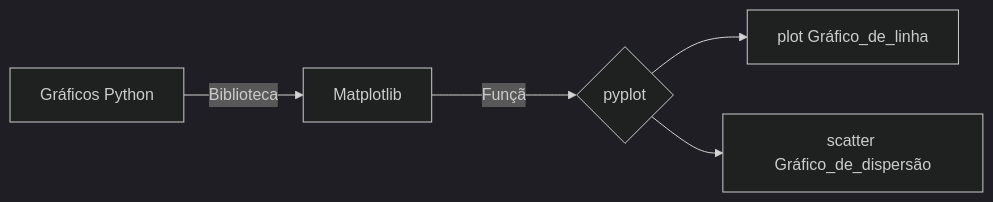
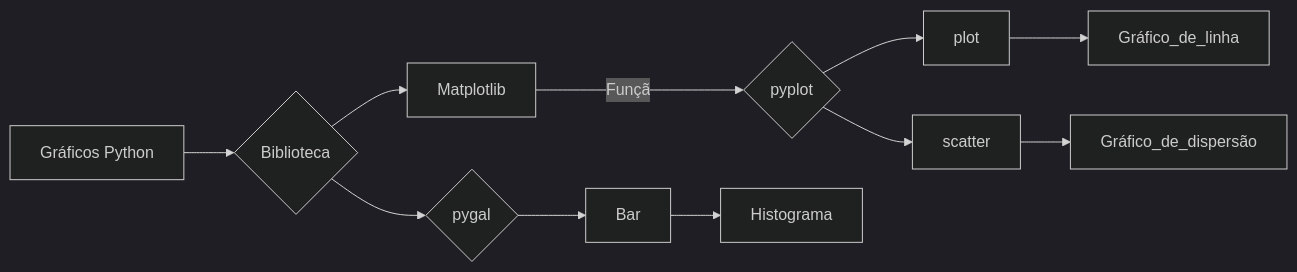
The fourth of 4 diagrams in python_basic.qmd (seperool/study_of_python), drawn with Mermaid (dark theme) before and after one commit. The commit also changed other lines of this file and 2 other files, not shown here.

Commit message:
Histograma - pygal Bar

````diff
--- a/python_basic.qmd
+++ b/python_basic.qmd
@@ -7852,10 +129,16 @@
 ```{mermaid}
-%%| fig-cap: "Gráficos Biblioteca matplotlib"
+%%| fig-cap: "Gráficos e bibliotecas"
 %%| fig-width: 6.5
 %%| fig-height: 7.5
 flowchart LR
-  A[Gráficos Python] --Biblioteca--> B[Matplotlib]
-  B --Função--> C{pyplot}
-  C --> D[plot Gráfico_de_linha]
-  C --> E[scatter Gráfico_de_dispersão]
+  A[Gráficos Python] --> B{Biblioteca}
+  B --> C[Matplotlib]
+  C --Função--> D{pyplot}
+  D --> E[plot] 
+  E --> E1[Gráfico_de_linha]
+  D --> F[scatter] 
+  F --> F1[Gráfico_de_dispersão]
+  B --> G{pygal}
+  G --> H[Bar] 
+  H --> H1[Histograma]
 ```
````
